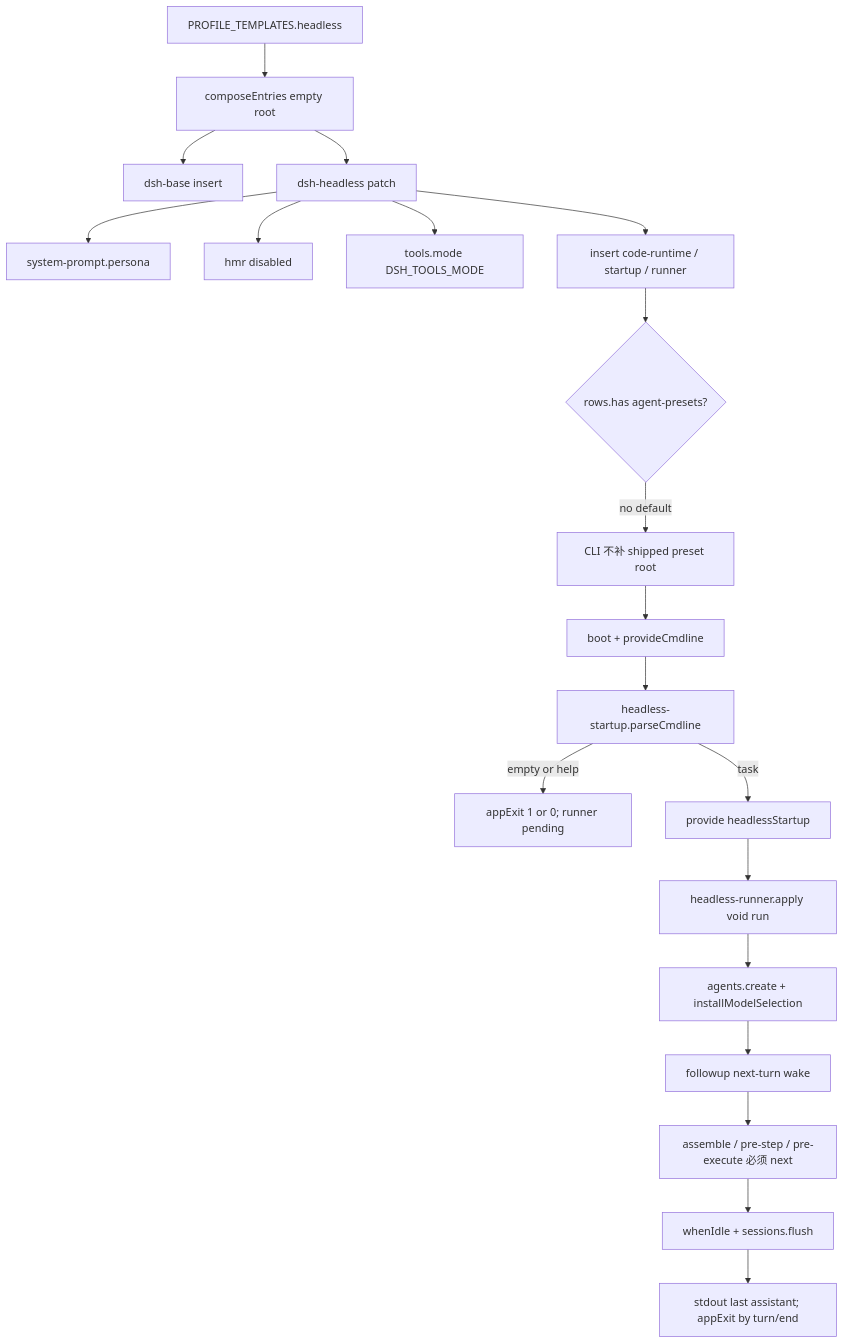
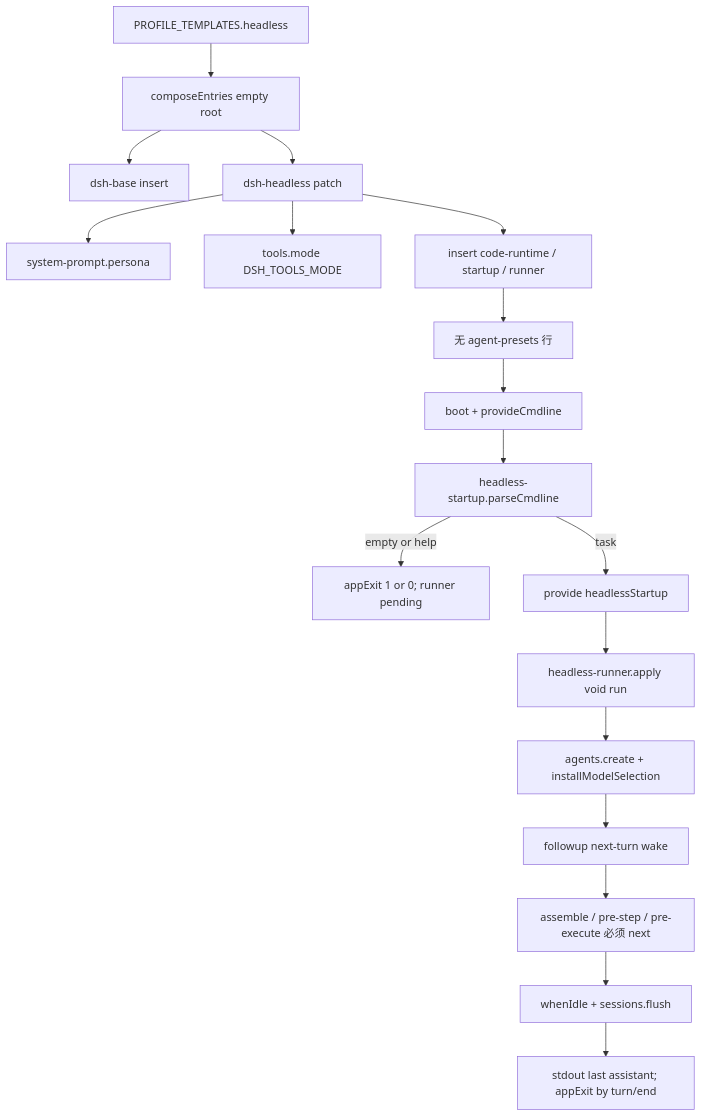
Before and after one commit to wdnmdtonyma/SOTA-Agent-LLM-Wiki: the diagram in docs/llm-wiki/deepseek-harness/subsystems/composition/bundle-headless.md, drawn with Mermaid. The commit also changed other lines of this file and 217 other files, not shown here.

````diff
--- a/docs/llm-wiki/deepseek-harness/subsystems/composition/bundle-headless.md
+++ b/docs/llm-wiki/deepseek-harness/subsystems/composition/bundle-headless.md
@@ -120,22 +121,20 @@
 ```mermaid
 flowchart TD
   tmpl["PROFILE_TEMPLATES.headless"] --> compose["composeEntries empty root"]
   compose --> base["dsh-base insert"]
   compose --> overlay["dsh-headless patch"]
   overlay --> persona["system-prompt.persona"]
-  overlay --> hmrOff["hmr disabled"]
   overlay --> toolsMode["tools.mode DSH_TOOLS_MODE"]
   overlay --> insert3["insert code-runtime / startup / runner"]
-  insert3 --> roster{"rows.has agent-presets?"}
-  roster -->|no default| noShipped["CLI 不补 shipped preset root"]
-  noShipped --> boot["boot + provideCmdline"]
+  insert3 --> noRoster["无 agent-presets 行"]
+  noRoster --> boot["boot + provideCmdline"]
   boot --> startup["headless-startup.parseCmdline"]
   startup -->|empty or help| early["appExit 1 or 0; runner pending"]
   startup -->|task| provide["provide headlessStartup"]
   provide --> runner["headless-runner.apply void run"]
   runner --> create["agents.create + installModelSelection"]
   create --> followup["followup next-turn wake"]
   followup --> waterfalls["assemble / pre-step / pre-execute 必须 next"]
   waterfalls --> idle["whenIdle + sessions.flush"]
   idle --> exit["stdout last assistant; appExit by turn/end"]
 ```
````
